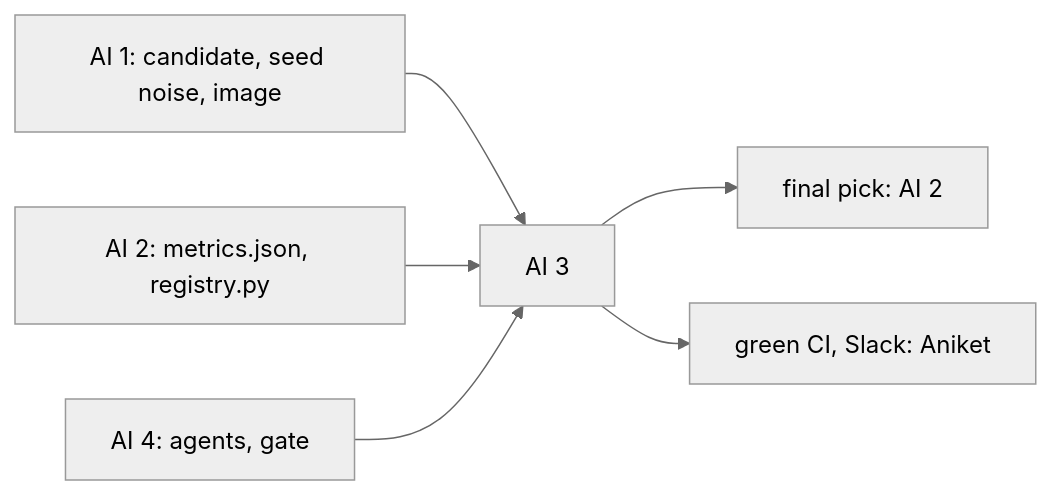
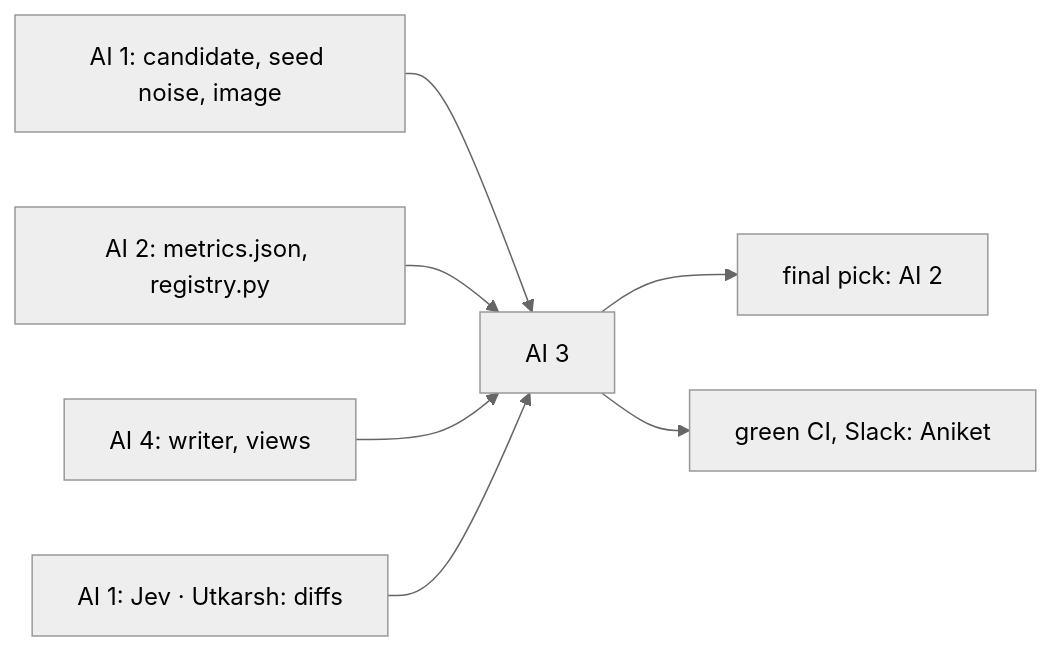
The diagram in Model-Pipeline/packets/ai3-bias/README.md (Itsme-aniketghosh/Meridian), drawn with Mermaid (neutral theme) before and after one commit. The commit also changed other lines of this file and 7 other files, not shown here.

First line of the commit message:
Update README files across multiple packets to reflect project changes and timelines

````diff
--- a/Model-Pipeline/packets/ai3-bias/README.md
+++ b/Model-Pipeline/packets/ai3-bias/README.md
@@ -12,8 +12,9 @@
 ```mermaid
 flowchart LR
   ai1["AI 1: candidate, seed noise, image"] --> me["AI 3"]
   ai2["AI 2: metrics.json, registry.py"] --> me
-  ai4["AI 4: agents, gate"] --> me
+  ai4["AI 4: writer, views"] --> me
+  others["AI 1: Jev · Utkarsh: diffs"] --> me
   me --> pick["final pick: AI 2"]
   me --> ci["green CI, Slack: Aniket"]
 ```
````
